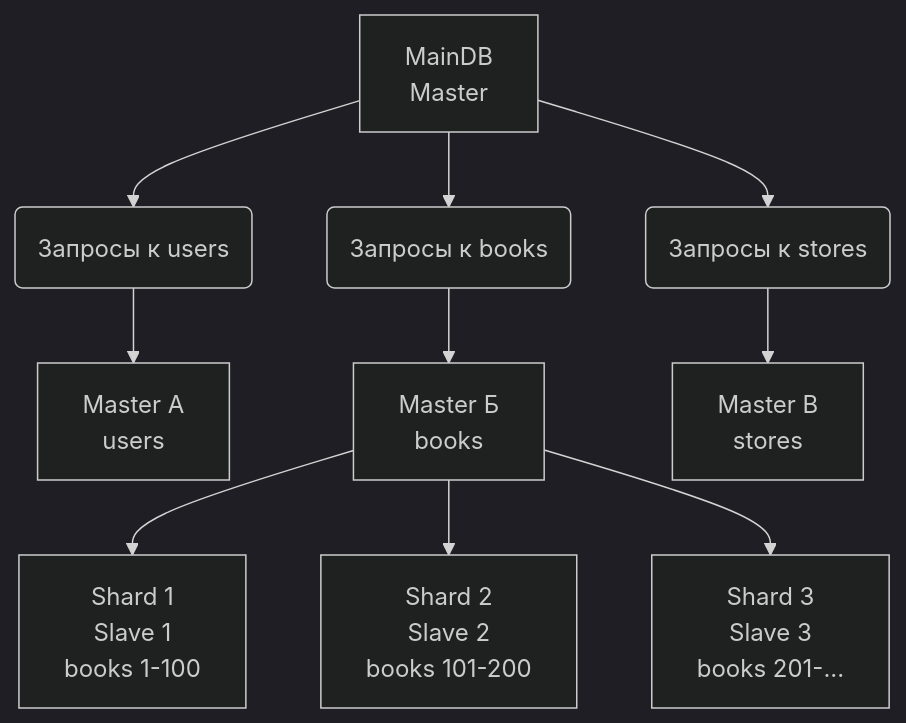
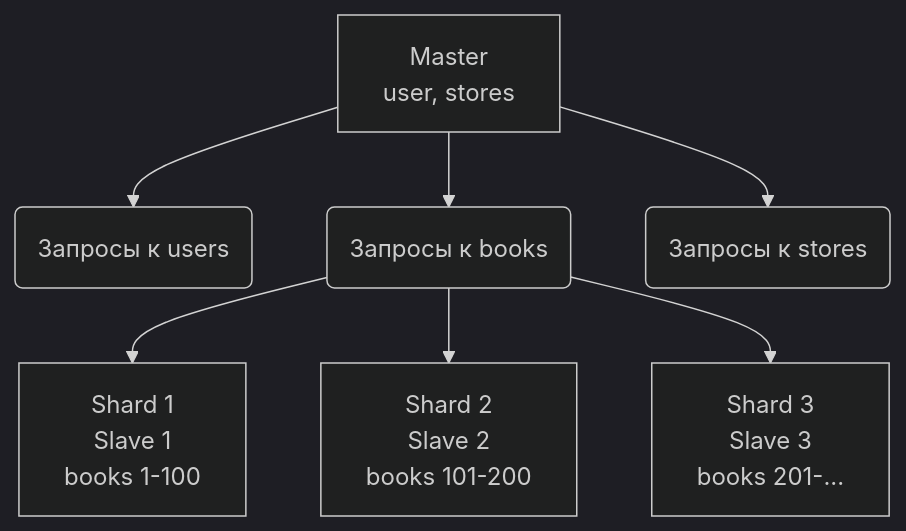
The first of 2 diagrams in README.md (nikitarostorguev8837-alt/sdb-hw-12-07), drawn with Mermaid (dark theme) before and after one commit. The commit also changed other lines of this file, not shown here.

````diff
--- a/README.md
+++ b/README.md
@@ -31,14 +27,10 @@
 ```mermaid
 graph TD
-MainDB[MainDB<br>Master] --> Users(Запросы к users)
+MainDB[Master<br>user, stores] --> Users(Запросы к users)
 MainDB --> Books(Запросы к books)
 MainDB --> Stores(Запросы к stores)
 
-Users --> Master1[Master А<br>users]
-Books --> Master2[Master Б<br>books]
-Stores --> Master3[Master В<br>stores]
-
-Master2 --> Slave1[Shard 1<br>Slave 1<br>books 1-100]
-Master2 --> Slave2[Shard 2<br>Slave 2<br>books 101-200]
-Master2 --> Slave3[Shard 3<br>Slave 3<br>books 201-...]
+Books --> Slave1[Shard 1<br>Slave 1<br>books 1-100]
+Books --> Slave2[Shard 2<br>Slave 2<br>books 101-200]
+Books --> Slave3[Shard 3<br>Slave 3<br>books 201-...]
 ```
````
